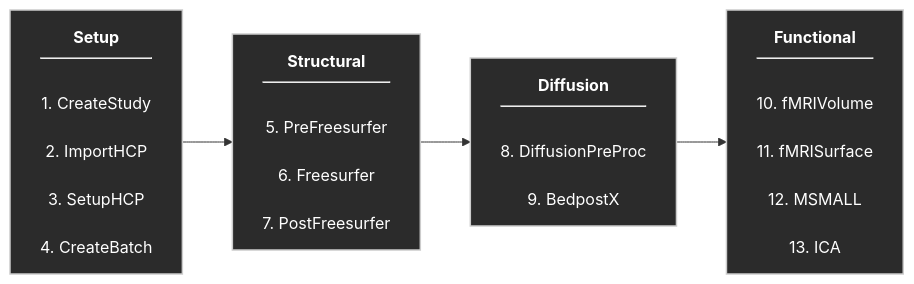
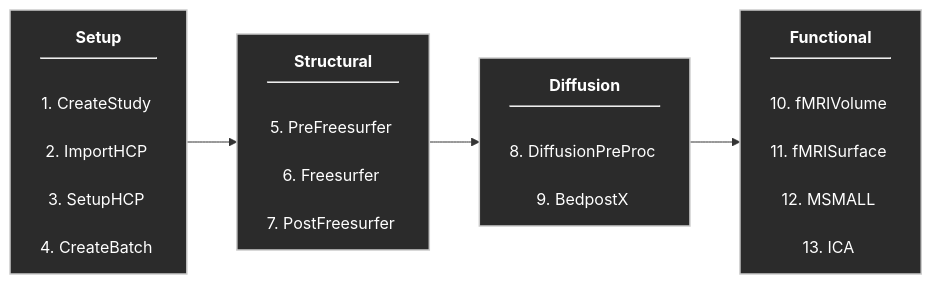
One commit to SPMIC-UoN/QuNex_Processing_Pipeline changed the diagram in README.md. Above: the diagram before and after it, drawn with Mermaid.

````diff
--- a/README.md
+++ b/README.md
@@ -44,34 +44,34 @@
 ```mermaid
 flowchart LR
 
 %% ---------- Styling ----------
 classDef stage fill:#2b2b2b,stroke:#cccccc,stroke-width:1.5px,color:#ffffff;
 
 %% ---------- Pipeline Stages ----------
 Setup["<b>Setup</b><hr/>
-1. CreateStudy<br/>
-2. ImportHCP<br/>
-3. SetupHCP<br/>
-4. CreateBatch"]
+1. CreateStudy&nbsp;<br/>
+2. ImportHCP&nbsp;<br/>
+3. SetupHCP&nbsp;<br/>
+4. CreateBatch&nbsp;"]
 
 Structural["<b>Structural</b><hr/>
-5. PreFreesurfer<br/>
-6. Freesurfer<br/>
-7. PostFreesurfer"]
+5. PreFreesurfer&nbsp;<br/>
+6. Freesurfer&nbsp;<br/>
+7. PostFreesurfer&nbsp;"]
 
 Diffusion["<b>Diffusion</b><hr/>
-8. DiffusionPreProc<br/>
-9. BedpostX"]
+8. DiffusionPreProc&nbsp;<br/>
+9. BedpostX&nbsp;"]
 
 Functional["<b>Functional</b><hr/>
-10. fMRIVolume<br/>
-11. fMRISurface<br/>
-12. MSMALL<br/>
-13. ICA"]
+10. fMRIVolume&nbsp;<br/>
+11. fMRISurface&nbsp;<br/>
+12. MSMALL&nbsp;<br/>
+13. ICA&nbsp;"]
 
-%% ---------- Stage Connections ----------
+%% ---------- Connections ----------
 Setup --> Structural --> Diffusion --> Functional
 
 %% ---------- Apply Style ----------
 class Setup,Structural,Diffusion,Functional stage;
 ```
````
